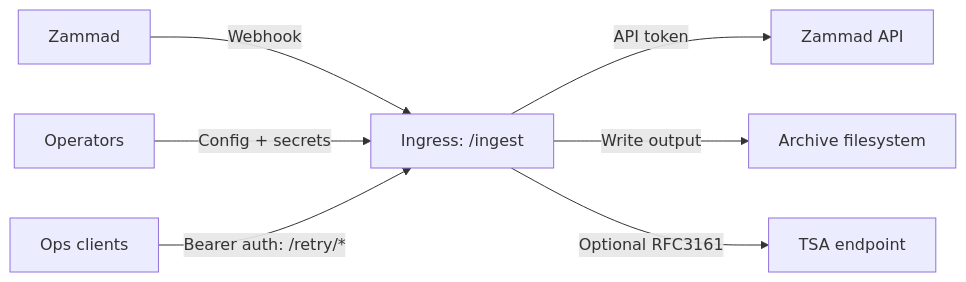
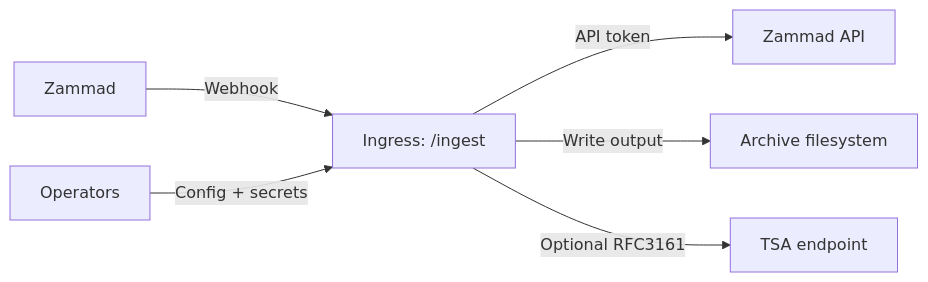
The diagram in docs/09-security.md (sebastianspicker/chronikwerk), drawn with Mermaid before and after one commit. The commit also changed other lines of this file and 187 other files, not shown here.

````diff
--- a/docs/09-security.md
+++ b/docs/09-security.md
@@ -7,9 +7,8 @@
 ```mermaid
 flowchart LR
   Z["Zammad"] -->|"Webhook"| I["Ingress: /ingest"]
   OP["Operators"] -->|"Config + secrets"| I
-  A["Ops clients"] -->|"Bearer auth: /retry/*"| I
   I -->|"API token"| ZA["Zammad API"]
   I -->|"Write output"| FS["Archive filesystem"]
   I -->|"Optional RFC3161"| TSA["TSA endpoint"]
 ```
````
